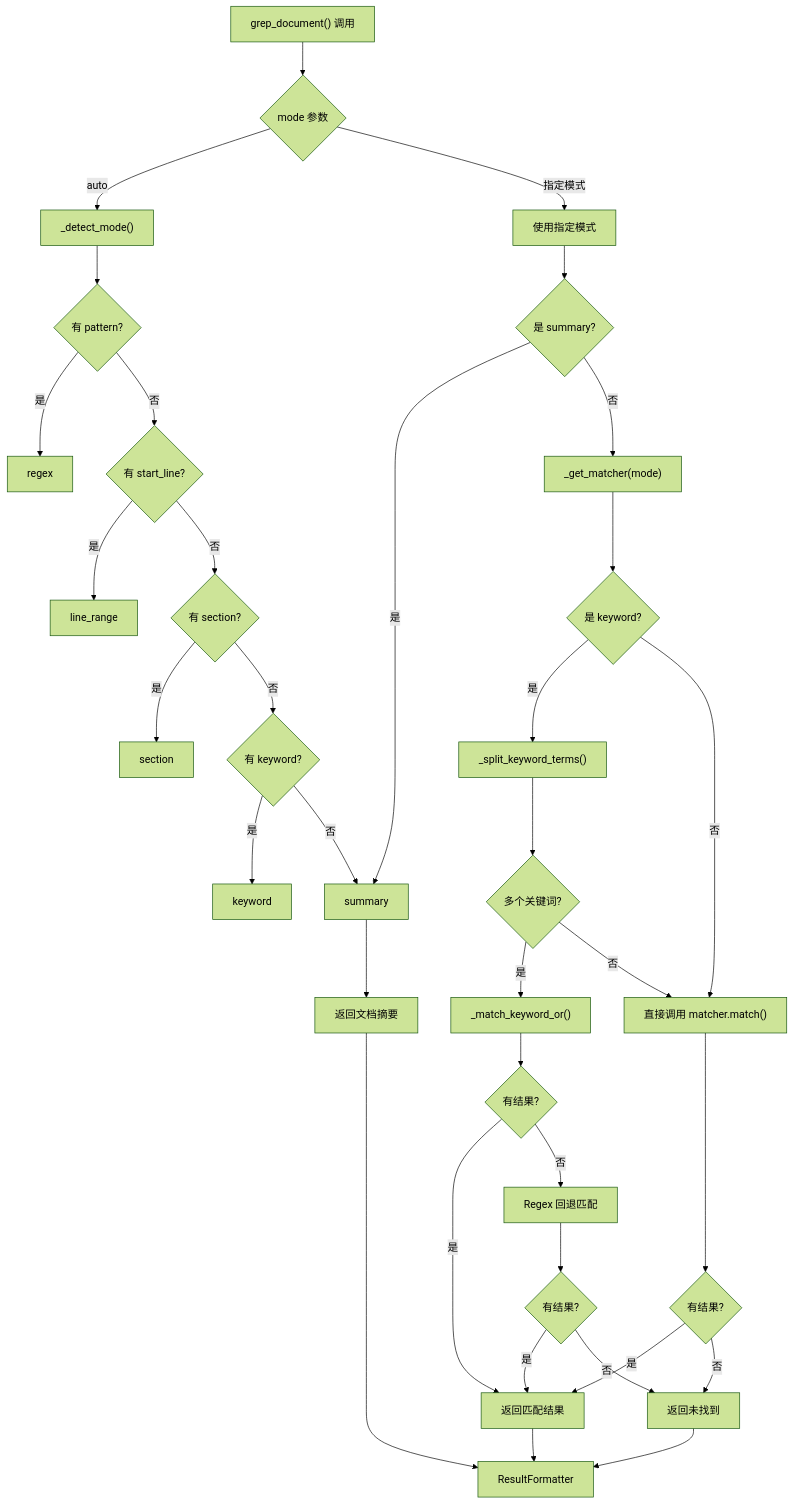
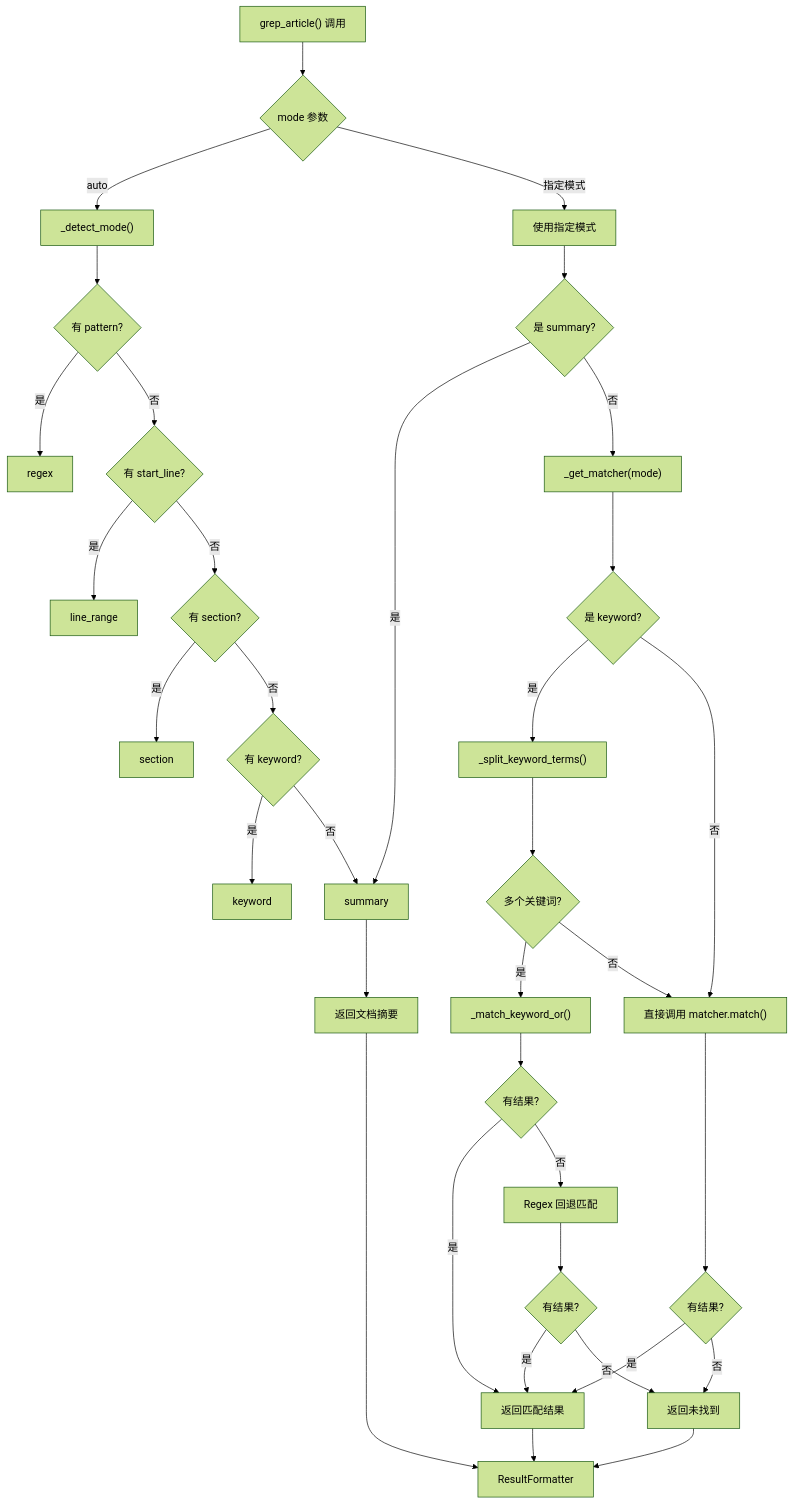
The seventh of 12 diagrams in ai_end_refactor/README.md (MEO-wj/OA_Reader_APP), drawn with Mermaid (forest theme) before and after one commit. The commit also changed other lines of this file and 48 other files, not shown here.

````diff
--- a/ai_end_refactor/README.md
+++ b/ai_end_refactor/README.md
@@ -474,49 +474,49 @@
 ```mermaid
 flowchart TB
-    Input["grep_document() 调用"] --> DetectMode{mode 参数}
+    Input["grep_article() 调用"] --> DetectMode{mode 参数}
 
     DetectMode -->|auto| AutoMode["_detect_mode()"]
     DetectMode -->|指定模式| UseMode["使用指定模式"]
 
     AutoMode --> CheckPattern{有 pattern?}
     CheckPattern -->|是| RegexMode["regex"]
     CheckPattern -->|否| CheckStart{有 start_line?}
     CheckStart -->|是| LineRangeMode["line_range"]
     CheckStart -->|否| CheckSection{有 section?}
     CheckSection -->|是| SectionMode["section"]
     CheckSection -->|否| CheckKeyword{有 keyword?}
     CheckKeyword -->|是| KeywordMode["keyword"]
     CheckKeyword -->|否| SummaryMode["summary"]
 
     UseMode --> CheckSummary{是 summary?}
     CheckSummary -->|是| SummaryMode
     CheckSummary -->|否| GetMatcher["_get_matcher(mode)"]
 
     SummaryMode --> ReturnSummary["返回文档摘要"]
 
     GetMatcher --> IsKeyword{是 keyword?}
     IsKeyword -->|是| SplitKeyword["_split_keyword_terms()"]
     IsKeyword -->|否| DirectMatch["直接调用 matcher.match()"]
 
     SplitKeyword --> CheckMulti{多个关键词?}
     CheckMulti -->|是| OrMatch["_match_keyword_or()"]
     CheckMulti -->|否| DirectMatch
 
     OrMatch --> HasResults{有结果?}
     HasResults -->|是| Success["返回匹配结果"]
     HasResults -->|否| RegexFallback["Regex 回退匹配"]
 
     RegexFallback --> FallbackResult{有结果?}
     FallbackResult -->|是| Success
     FallbackResult -->|否| NotFound["返回未找到"]
 
     DirectMatch --> CheckDirect{有结果?}
     CheckDirect -->|是| Success
     CheckDirect -->|否| NotFound
 
     ReturnSummary --> Output["统一输出格式"]
     Success --> Output
     NotFound --> Output
 
     Output["ResultFormatter"]
 ```
````
